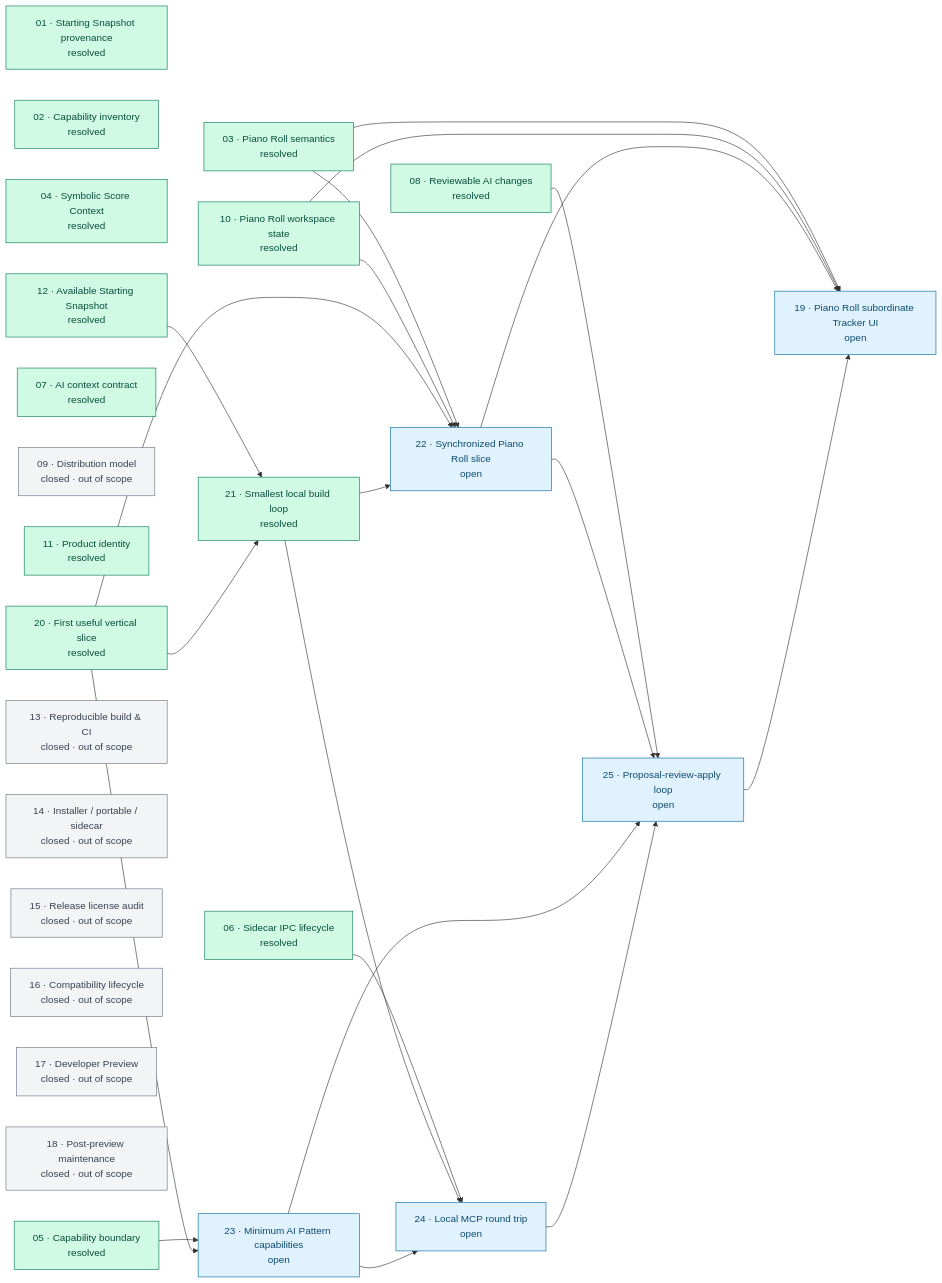
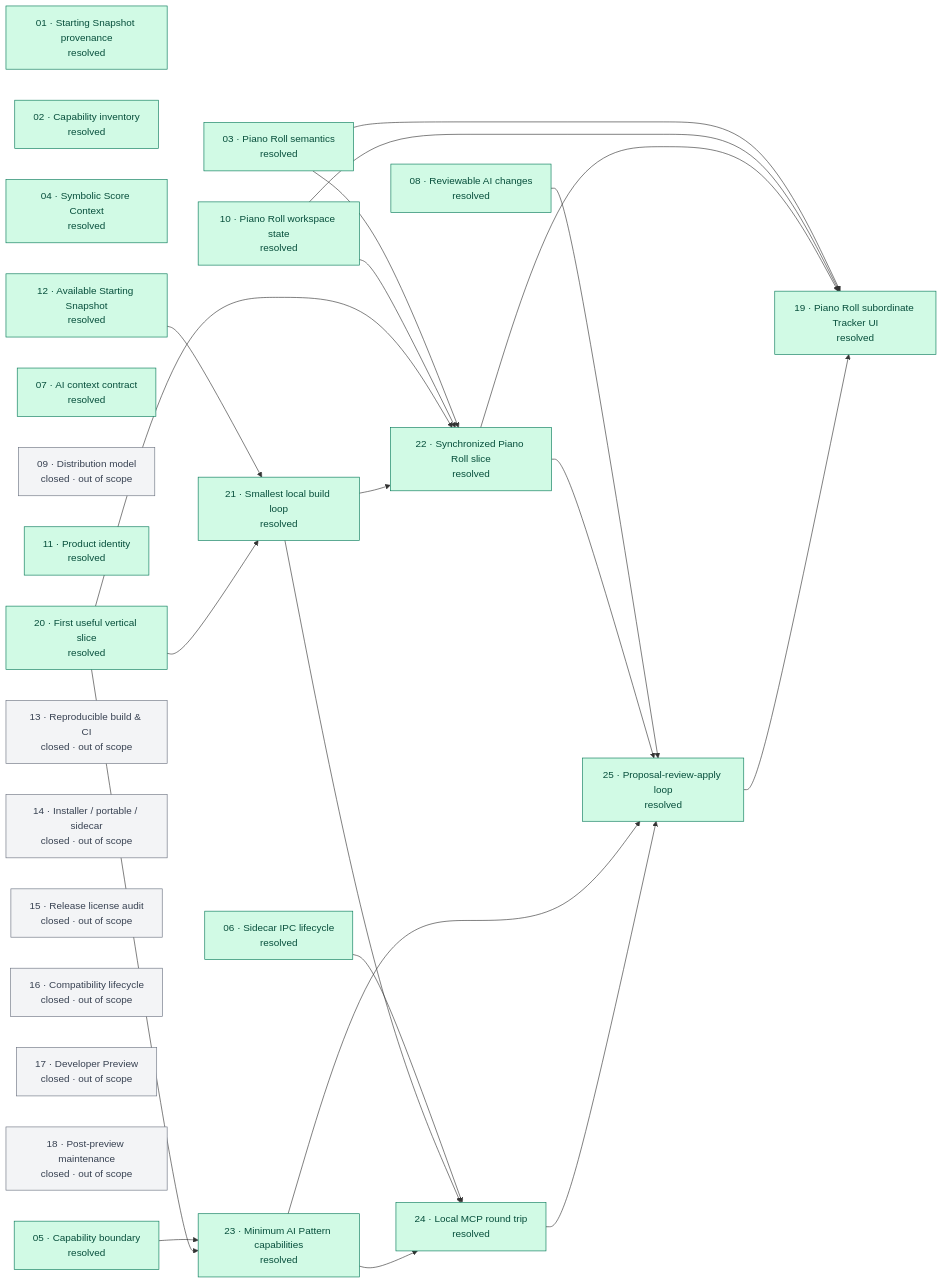
The diagram in blocking-relationships.md (TouHousand-Years/AI-MPT), drawn with Mermaid before and after one commit. The commit also changed other lines of this file and 6 other files, not shown here.

````diff
--- a/blocking-relationships.md
+++ b/blocking-relationships.md
@@ -5,56 +5,55 @@
 ```mermaid
 flowchart LR
     I01["01 · Starting Snapshot provenance<br/>resolved"]
     I02["02 · Capability inventory<br/>resolved"]
     I03["03 · Piano Roll semantics<br/>resolved"]
     I04["04 · Symbolic Score Context<br/>resolved"]
     I05["05 · Capability boundary<br/>resolved"]
     I06["06 · Sidecar IPC lifecycle<br/>resolved"]
     I07["07 · AI context contract<br/>resolved"]
     I08["08 · Reviewable AI changes<br/>resolved"]
     I09["09 · Distribution model<br/>closed · out of scope"]
     I10["10 · Piano Roll workspace state<br/>resolved"]
     I11["11 · Product identity<br/>resolved"]
     I12["12 · Available Starting Snapshot<br/>resolved"]
     I13["13 · Reproducible build & CI<br/>closed · out of scope"]
     I14["14 · Installer / portable / sidecar<br/>closed · out of scope"]
     I15["15 · Release license audit<br/>closed · out of scope"]
     I16["16 · Compatibility lifecycle<br/>closed · out of scope"]
     I17["17 · Developer Preview<br/>closed · out of scope"]
     I18["18 · Post-preview maintenance<br/>closed · out of scope"]
-    I19["19 · Piano Roll subordinate Tracker UI<br/>open"]
+    I19["19 · Piano Roll subordinate Tracker UI<br/>resolved"]
     I20["20 · First useful vertical slice<br/>resolved"]
     I21["21 · Smallest local build loop<br/>resolved"]
-    I22["22 · Synchronized Piano Roll slice<br/>open"]
-    I23["23 · Minimum AI Pattern capabilities<br/>open"]
-    I24["24 · Local MCP round trip<br/>open"]
-    I25["25 · Proposal-review-apply loop<br/>open"]
+    I22["22 · Synchronized Piano Roll slice<br/>resolved"]
+    I23["23 · Minimum AI Pattern capabilities<br/>resolved"]
+    I24["24 · Local MCP round trip<br/>resolved"]
+    I25["25 · Proposal-review-apply loop<br/>resolved"]
 
     I12 --> I21
     I20 --> I21
     I03 --> I22
     I10 --> I22
     I20 --> I22
     I21 --> I22
     I05 --> I23
     I20 --> I23
     I06 --> I24
     I21 --> I24
     I23 --> I24
     I08 --> I25
     I22 --> I25
     I23 --> I25
     I24 --> I25
     I03 --> I19
     I10 --> I19
     I22 --> I19
     I25 --> I19
 
     classDef resolved fill:#d1fae5,stroke:#047857,color:#064e3b
     classDef open fill:#e0f2fe,stroke:#0369a1,color:#0c4a6e
     classDef outscope fill:#f3f4f6,stroke:#6b7280,color:#374151
     class I01,I02,I03,I04,I05,I06,I07,I08,I10,I11,I12 resolved
-    class I20,I21 resolved
-    class I19,I22,I23,I24,I25 open
+    class I19,I20,I21,I22,I23,I24,I25 resolved
     class I09,I13,I14,I15,I16,I17,I18 outscope
 ```
````
